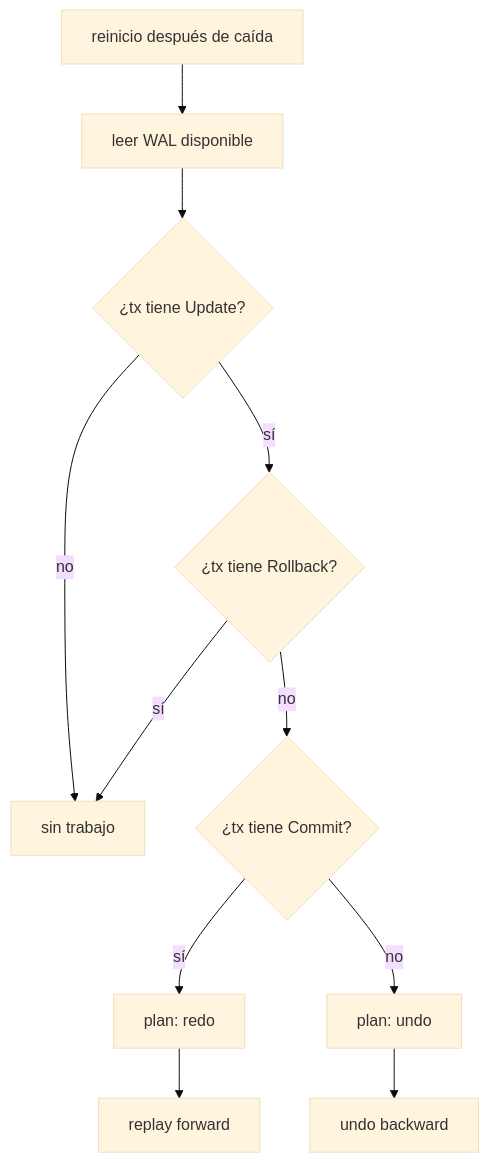
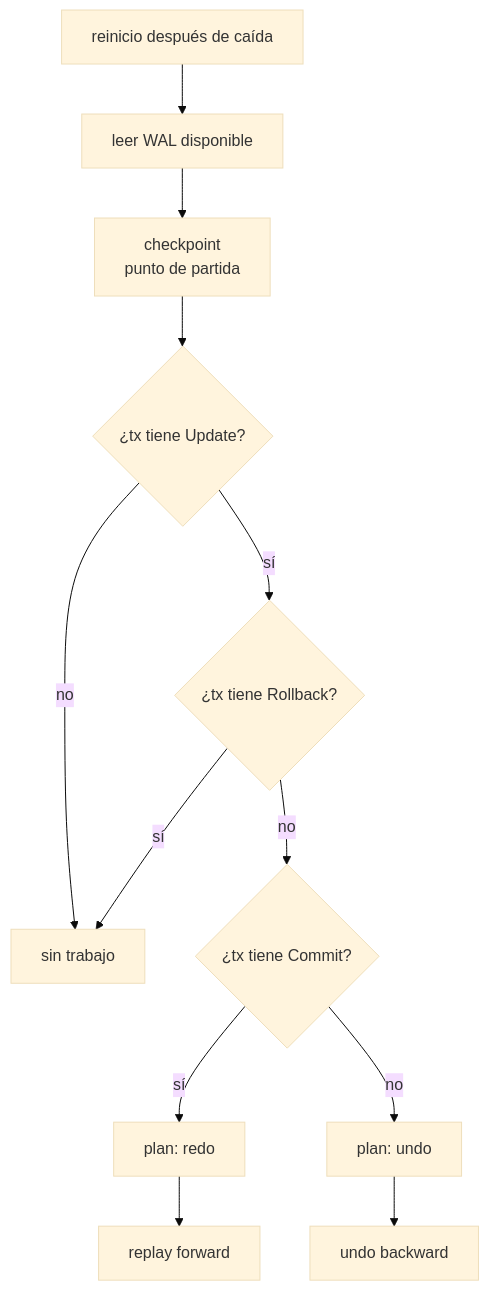
Before and after one commit to jeresoftx/rust-database-internals: the diagram in docs/08-recovery.md, drawn with Mermaid (base theme). The commit also changed other lines of this file and 4 other files, not shown here.

````diff
--- a/docs/08-recovery.md
+++ b/docs/08-recovery.md
@@ -84,24 +90,26 @@
 ```mermaid
 flowchart TD
     S["reinicio después de caída"]
     W["leer WAL disponible"]
     U{"¿tx tiene Update?"}
     C{"¿tx tiene Commit?"}
     R{"¿tx tiene Rollback?"}
     N["sin trabajo"]
     REDO["plan: redo"]
     UNDO["plan: undo"]
     RF["replay forward"]
     UB["undo backward"]
+    CP["checkpoint<br/>punto de partida"]
 
     S --> W
-    W --> U
+    W --> CP
+    CP --> U
     U -- "no" --> N
     U -- "sí" --> R
     R -- "sí" --> N
     R -- "no" --> C
     C -- "sí" --> REDO
     C -- "no" --> UNDO
     REDO --> RF
     UNDO --> UB
 ```
````
